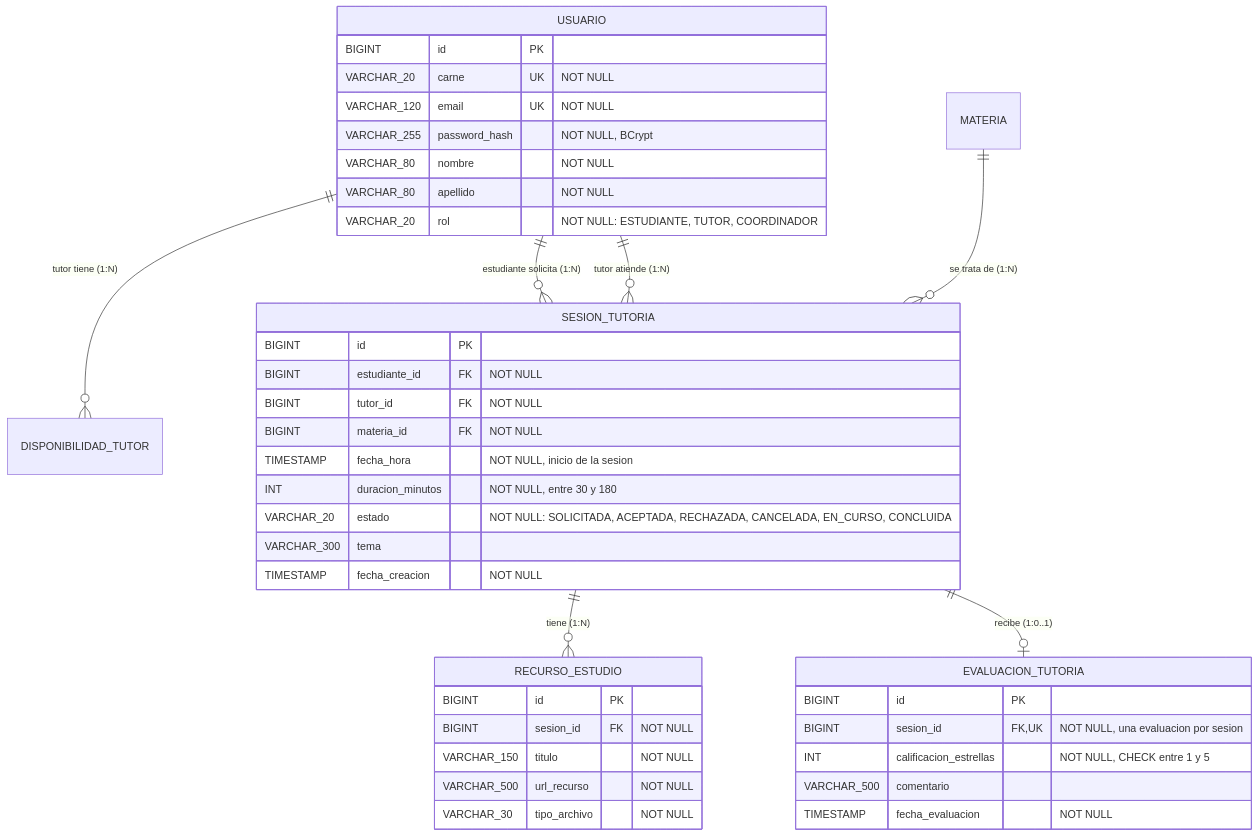
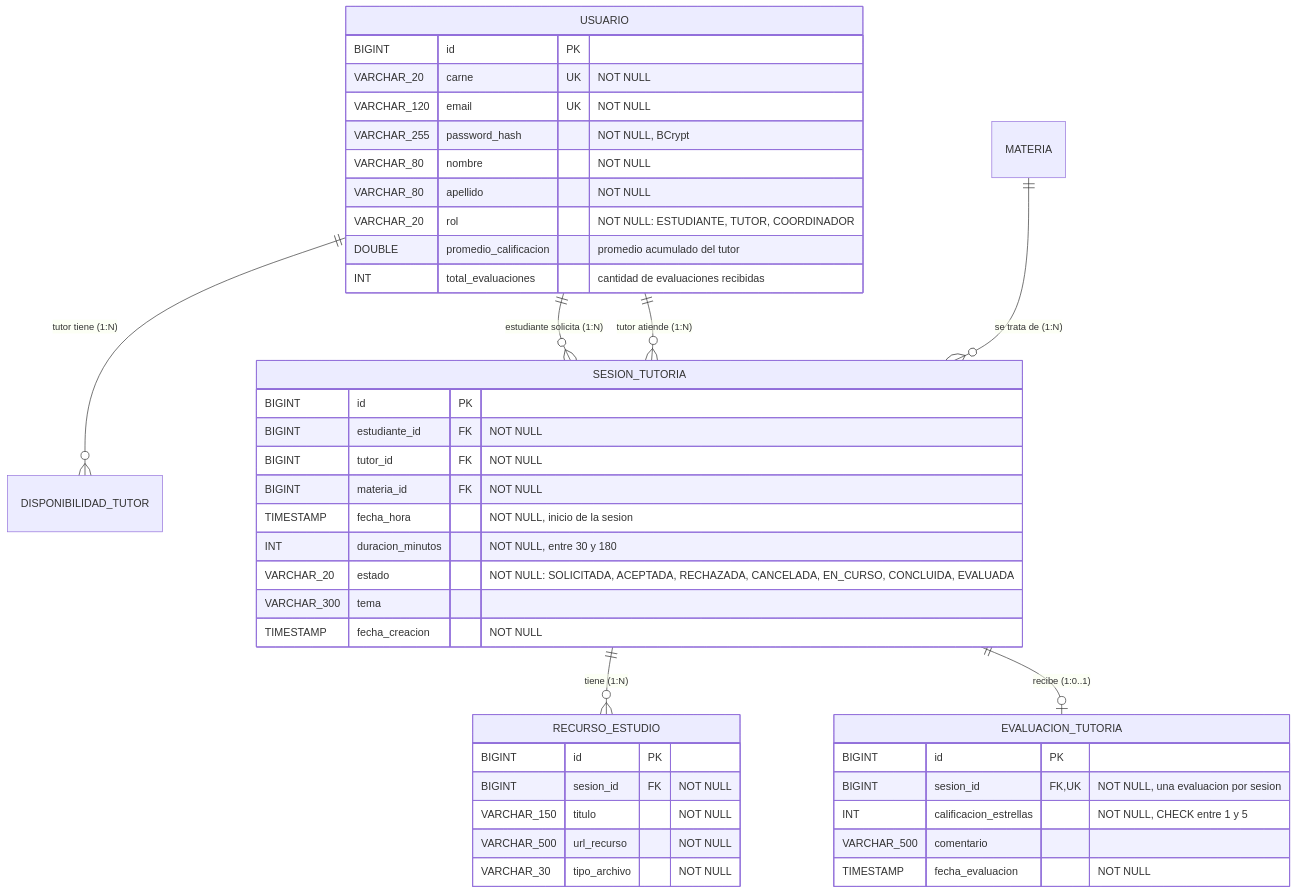
The diagram in docs/erd.md (danielatames/dsw4-2026-equipo3-edumentor-backend), drawn with Mermaid before and after one commit. The commit also changed 2 other files, not shown here.

Commit message:
docs: OpenAPI de recursos y evaluaciones, ERD y README actualizados

````diff
--- a/docs/erd.md
+++ b/docs/erd.md
@@ -3,43 +3,45 @@
 ```mermaid
 erDiagram
     USUARIO {
         BIGINT id PK
         VARCHAR_20 carne UK "NOT NULL"
         VARCHAR_120 email UK "NOT NULL"
         VARCHAR_255 password_hash "NOT NULL, BCrypt"
         VARCHAR_80 nombre "NOT NULL"
         VARCHAR_80 apellido "NOT NULL"
         VARCHAR_20 rol "NOT NULL: ESTUDIANTE, TUTOR, COORDINADOR"
+        DOUBLE promedio_calificacion "promedio acumulado del tutor"
+        INT total_evaluaciones "cantidad de evaluaciones recibidas"
     }
     SESION_TUTORIA {
         BIGINT id PK
         BIGINT estudiante_id FK "NOT NULL"
         BIGINT tutor_id FK "NOT NULL"
         BIGINT materia_id FK "NOT NULL"
         TIMESTAMP fecha_hora "NOT NULL, inicio de la sesion"
         INT duracion_minutos "NOT NULL, entre 30 y 180"
-        VARCHAR_20 estado "NOT NULL: SOLICITADA, ACEPTADA, RECHAZADA, CANCELADA, EN_CURSO, CONCLUIDA"
+        VARCHAR_20 estado "NOT NULL: SOLICITADA, ACEPTADA, RECHAZADA, CANCELADA, EN_CURSO, CONCLUIDA, EVALUADA"
         VARCHAR_300 tema
         TIMESTAMP fecha_creacion "NOT NULL"
     }
     RECURSO_ESTUDIO {
         BIGINT id PK
         BIGINT sesion_id FK "NOT NULL"
         VARCHAR_150 titulo "NOT NULL"
         VARCHAR_500 url_recurso "NOT NULL"
         VARCHAR_30 tipo_archivo "NOT NULL"
     }
     EVALUACION_TUTORIA {
         BIGINT id PK
         BIGINT sesion_id FK,UK "NOT NULL, una evaluacion por sesion"
         INT calificacion_estrellas "NOT NULL, CHECK entre 1 y 5"
         VARCHAR_500 comentario
         TIMESTAMP fecha_evaluacion "NOT NULL"
     }
     USUARIO ||--o{ DISPONIBILIDAD_TUTOR : "tutor tiene (1:N)"
     USUARIO ||--o{ SESION_TUTORIA : "estudiante solicita (1:N)"
     USUARIO ||--o{ SESION_TUTORIA : "tutor atiende (1:N)"
     MATERIA ||--o{ SESION_TUTORIA : "se trata de (1:N)"
     SESION_TUTORIA ||--o{ RECURSO_ESTUDIO : "tiene (1:N)"
     SESION_TUTORIA ||--o| EVALUACION_TUTORIA : "recibe (1:0..1)"
 ```
````
